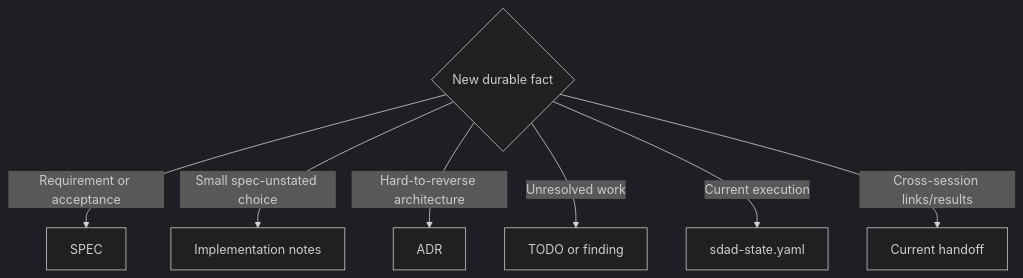
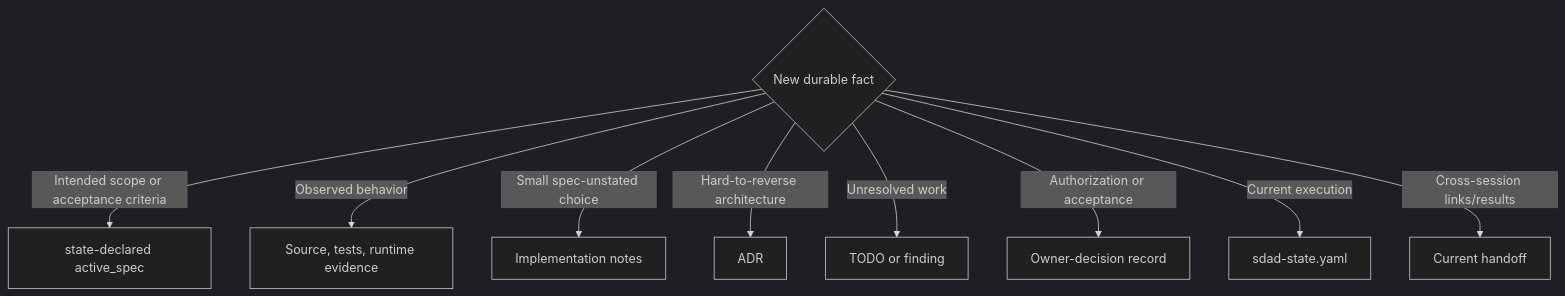
Before and after one commit to LiveTrack-X/spec-driven-ai-development: the fourth of 7 diagrams in docs/diagrams.md, drawn with Mermaid (dark theme). The commit also changed other lines of this file and 57 other files, not shown here.

````diff
--- a/docs/diagrams.md
+++ b/docs/diagrams.md
@@ -59,10 +59,12 @@
 ```mermaid
 flowchart TD
     F{"New durable fact"}
-    F -->|"Requirement or acceptance"| S["SPEC"]
+    F -->|"Intended scope or acceptance criteria"| S["state-declared active_spec"]
+    F -->|"Observed behavior"| O["Source, tests, runtime evidence"]
     F -->|"Small spec-unstated choice"| N["Implementation notes"]
     F -->|"Hard-to-reverse architecture"| A["ADR"]
     F -->|"Unresolved work"| T["TODO or finding"]
+    F -->|"Authorization or acceptance"| D["Owner-decision record"]
     F -->|"Current execution"| Y["sdad-state.yaml"]
     F -->|"Cross-session links/results"| H["Current handoff"]
 ```
````
